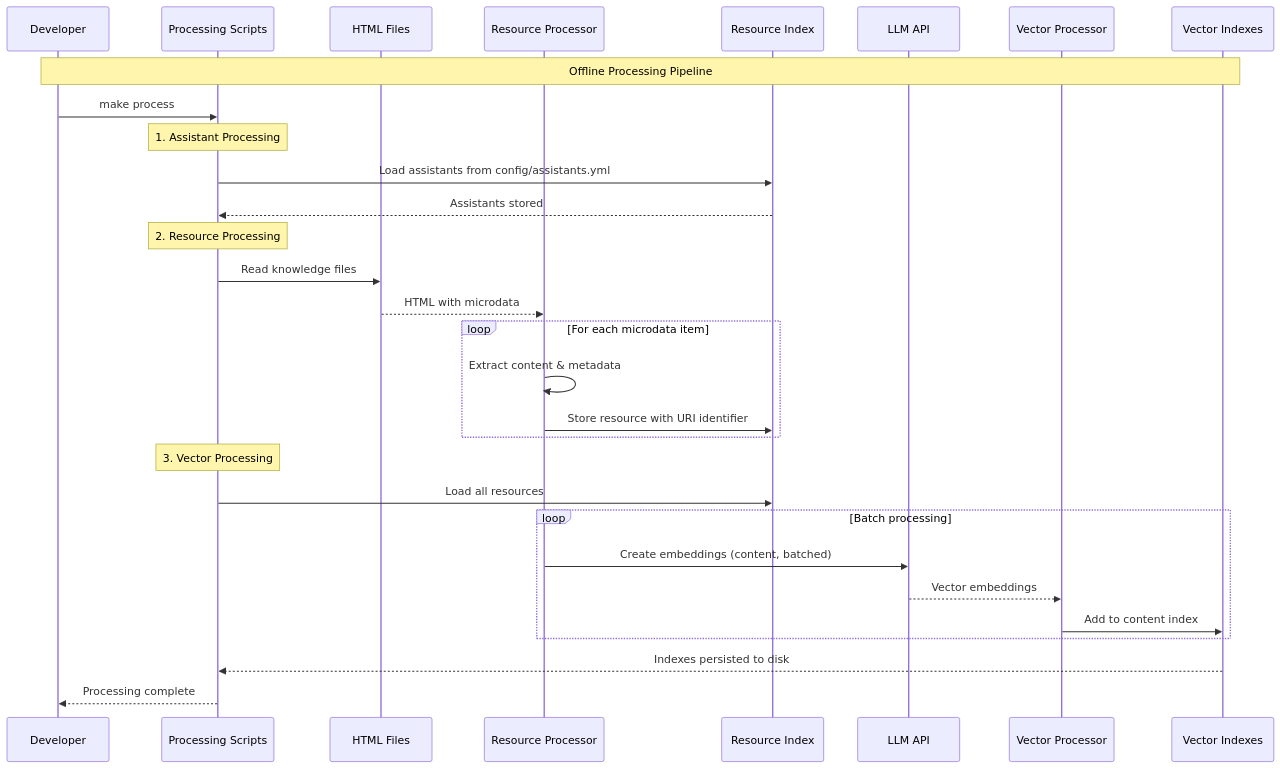
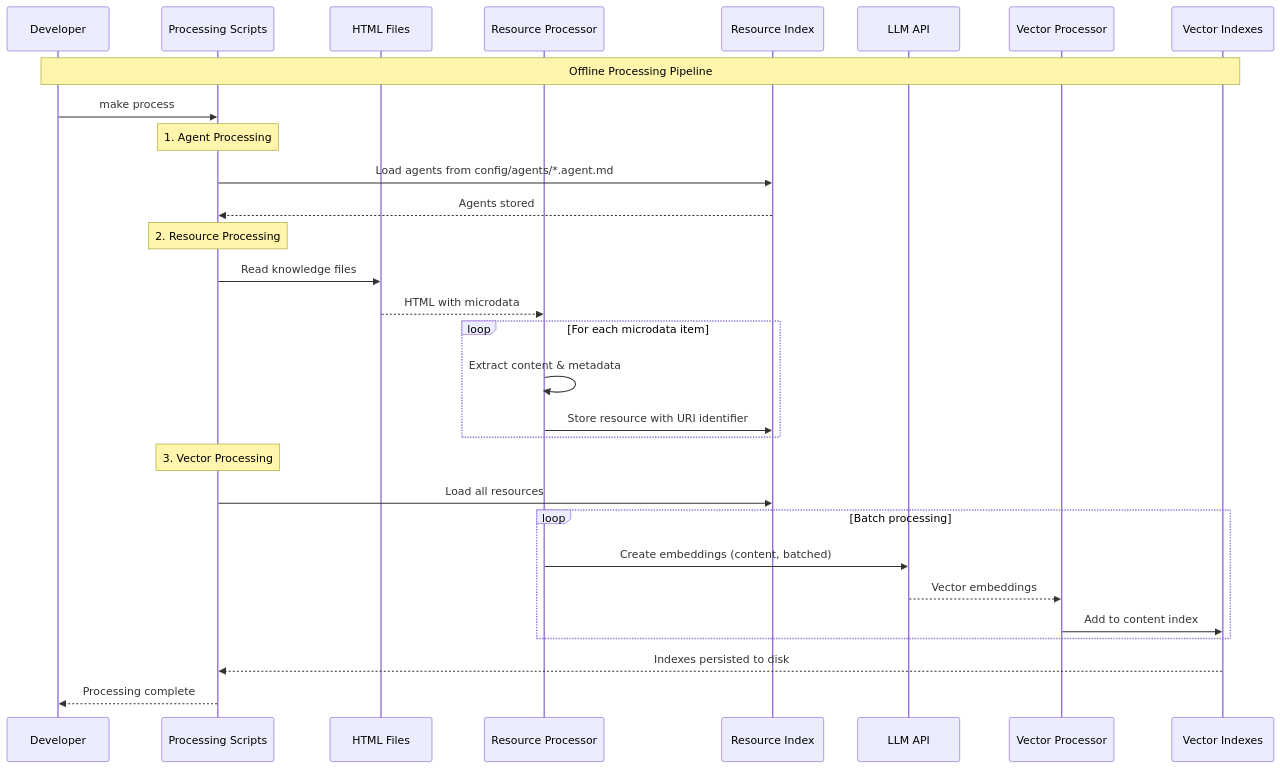
The second of 3 diagrams in docs/architecture.md (copilot-ld/copilot-ld), drawn with Mermaid before and after one commit. The commit also changed other lines of this file and 8 other files, not shown here.

````diff
--- a/docs/architecture.md
+++ b/docs/architecture.md
@@ -175,40 +175,40 @@
 ```mermaid
 sequenceDiagram
     participant Dev as Developer
     participant Scripts as Processing Scripts
     participant HTML as HTML Files
     participant ResourceProc as Resource Processor
     participant ResourceIndex as Resource Index
     participant LLM as LLM API
     participant VectorProc as Vector Processor
     participant VectorIndex as Vector Indexes
 
     Note over Dev,VectorIndex: Offline Processing Pipeline
 
     Dev->>Scripts: make process
 
-    Note over Scripts: 1. Assistant Processing
-    Scripts->>ResourceIndex: Load assistants from config/assistants.yml
-    ResourceIndex-->>Scripts: Assistants stored
+    Note over Scripts: 1. Agent Processing
+    Scripts->>ResourceIndex: Load agents from config/agents/*.agent.md
+    ResourceIndex-->>Scripts: Agents stored
 
     Note over Scripts: 2. Resource Processing
     Scripts->>HTML: Read knowledge files
     HTML-->>ResourceProc: HTML with microdata
 
     loop For each microdata item
         ResourceProc->>ResourceProc: Extract content & metadata
         ResourceProc->>ResourceIndex: Store resource with URI identifier
     end
 
     Note over Scripts: 3. Vector Processing
     Scripts->>ResourceIndex: Load all resources
 
     loop Batch processing
         ResourceProc->>LLM: Create embeddings (content, batched)
         LLM-->>VectorProc: Vector embeddings
         VectorProc->>VectorIndex: Add to content index
     end
 
     VectorIndex-->>Scripts: Indexes persisted to disk
     Scripts-->>Dev: Processing complete
 ```
````
